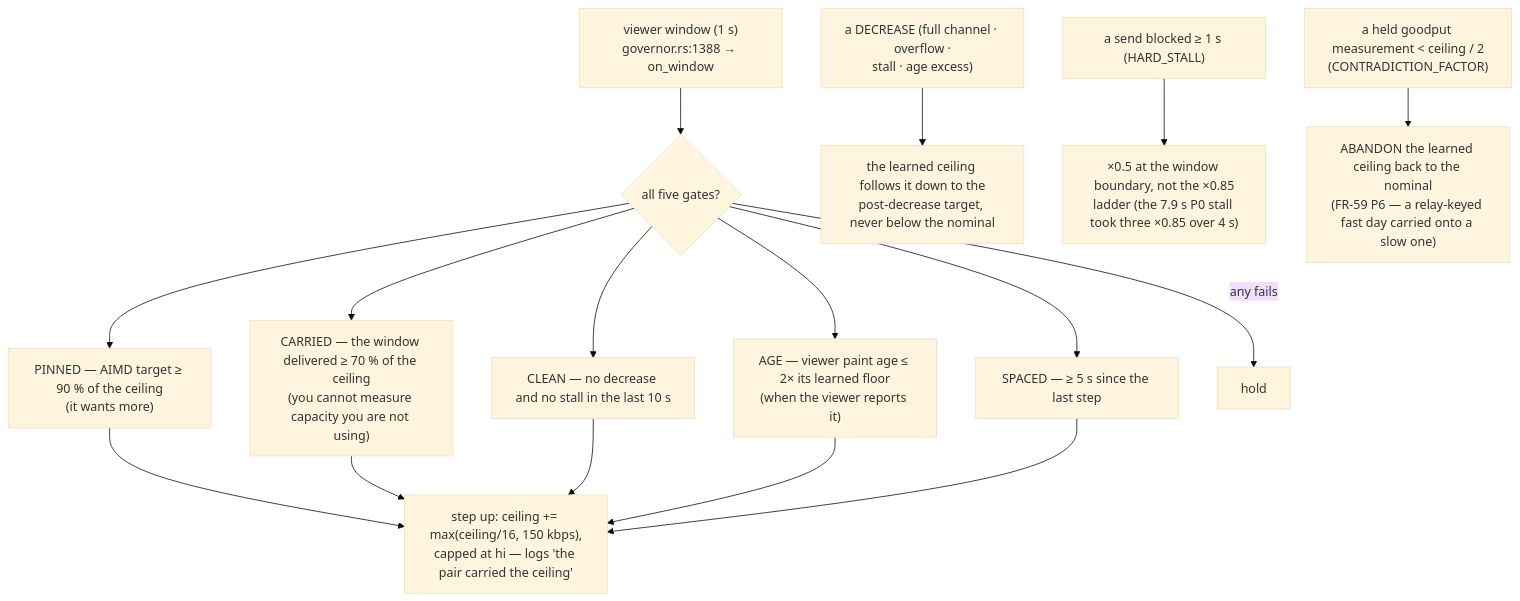
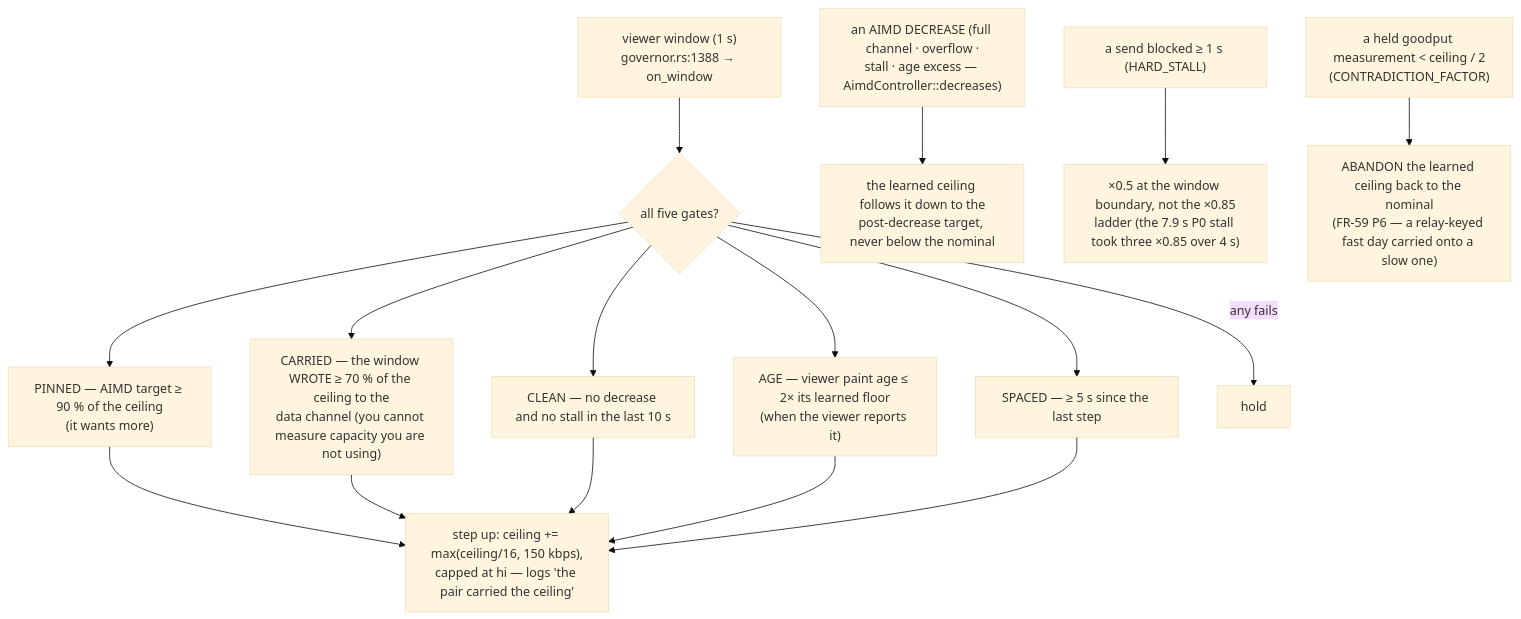
One commit to gjovanov/roomler-ai changed the second of 5 diagrams in docs/rate-control.md. Above: the diagram before and after it, drawn with Mermaid (base theme). The commit also changed other lines of this file and 2 other files, not shown here.

````diff
--- a/docs/rate-control.md
+++ b/docs/rate-control.md
@@ -205,14 +205,14 @@
 ```mermaid
 flowchart TB
     WIN["viewer window (1 s)<br/>governor.rs:1388 → on_window"] --> G{"all five gates?"}
     G --> P["PINNED — AIMD target ≥ 90 % of the ceiling<br/>(it wants more)"]
-    G --> CAR["CARRIED — the window delivered ≥ 70 % of the ceiling<br/>(you cannot measure capacity you are not using)"]
+    G --> CAR["CARRIED — the window WROTE ≥ 70 % of the ceiling to the<br/>data channel (you cannot measure capacity you are not using)"]
     G --> CL["CLEAN — no decrease and no stall in the last 10 s"]
     G --> AGE["AGE — viewer paint age ≤ 2× its learned floor<br/>(when the viewer reports it)"]
     G --> SP["SPACED — ≥ 5 s since the last step"]
     P & CAR & CL & AGE & SP --> STEP["step up: ceiling += max(ceiling/16, 150 kbps),<br/>capped at hi — logs 'the pair carried the ceiling'"]
     G -- any fails --> HOLD["hold"]
-    DEC["a DECREASE (full channel · overflow ·<br/>stall · age excess)"] --> PULL["the learned ceiling follows it down to the<br/>post-decrease target, never below the nominal"]
+    DEC["an AIMD DECREASE (full channel · overflow ·<br/>stall · age excess — AimdController::decreases)"] --> PULL["the learned ceiling follows it down to the<br/>post-decrease target, never below the nominal"]
     HS["a send blocked ≥ 1 s (HARD_STALL)"] --> MD["×0.5 at the window boundary, not the ×0.85<br/>ladder (the 7.9 s P0 stall took three ×0.85 over 4 s)"]
     MEAS["a held goodput measurement < ceiling / 2<br/>(CONTRADICTION_FACTOR)"] --> AB["ABANDON the learned ceiling back to the nominal<br/>(FR-59 P6 — a relay-keyed fast day carried onto a slow one)"]
 ```
````
